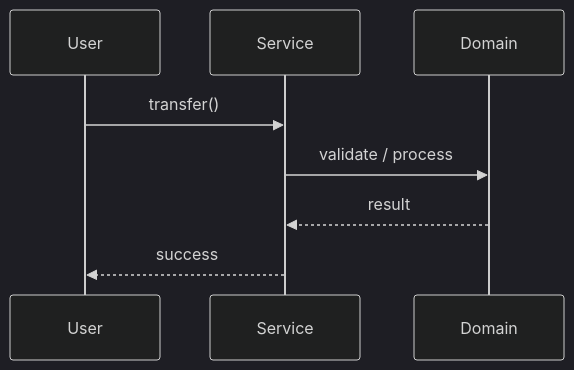
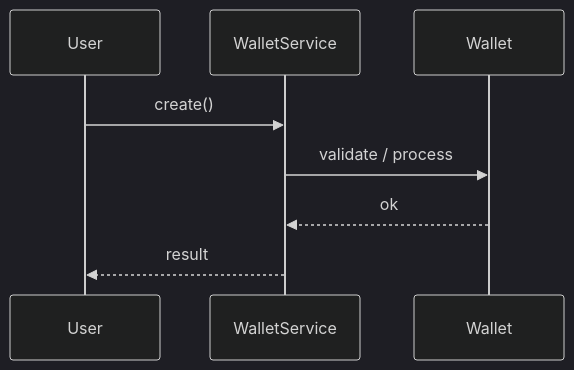
One commit to madhupaila/Interview-Prep-SSE changed the second of 3 diagrams in Learn/System Design - Low Level Design/02-classic-ood/questions/Q60-digital-wallet.md. Above: the diagram before and after it, drawn with Mermaid (dark theme). The commit also changed other lines of this file and 491 other files, not shown here.

````diff
--- a/Learn/System Design - Low Level Design/02-classic-ood/questions/Q60-digital-wallet.md
+++ b/Learn/System Design - Low Level Design/02-classic-ood/questions/Q60-digital-wallet.md
@@ -121,10 +151,10 @@
 ```mermaid
 sequenceDiagram
-    participant U as User
-    participant S as Service
-    participant D as Domain
-    U->>S: transfer()
-    S->>D: validate / process
-    D-->>S: result
-    S-->>U: success
+participant U as User
+participant S as WalletService
+participant D as Wallet
+U->>S: create()
+S->>D: validate / process
+D-->>S: ok
+S-->>U: result
 ```
````
